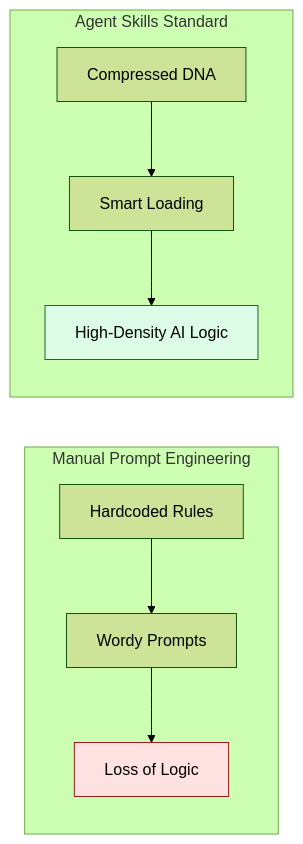
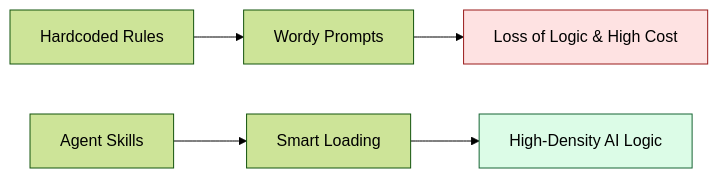
The diagram in README.md (HoangNguyen0403/agent-skills-standard), drawn with Mermaid (forest theme) before and after one commit. The commit also changed other lines of this file and 10 other files, not shown here.

````diff
--- a/README.md
+++ b/README.md
@@ -66,15 +41,11 @@
 ```mermaid
 graph LR
-    subgraph "Manual Prompt Engineering"
     A[Hardcoded Rules] --> B[Wordy Prompts]
-    B --> C[Loss of Logic]
-    end
+    B --> C[Loss of Logic & High Cost]
 
-    subgraph "Agent Skills Standard"
-    D[Compressed DNA] --> E[Smart Loading]
+    D[Agent Skills] --> E[Smart Loading]
     E --> F[High-Density AI Logic]
-    end
 
     style F fill:#dcfce7,stroke:#166534
     style C fill:#fee2e2,stroke:#991b1b
 ```
````
